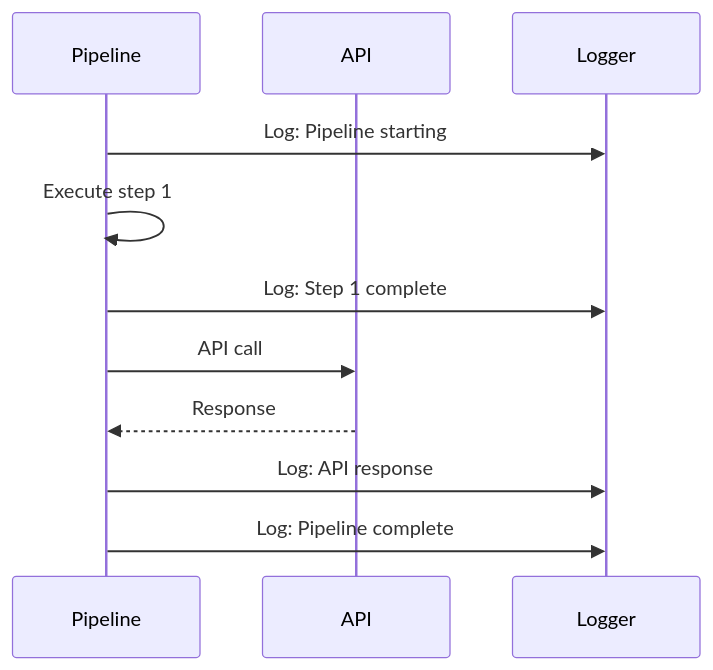
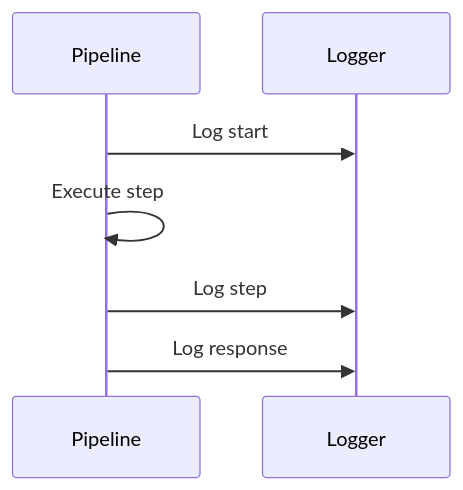
One commit to wisrovi/wpipe changed the second of 5 diagrams in examples/api_pipeline/09_api_logging/README.md. Above: the diagram before and after it, drawn with Mermaid. The commit also changed other lines of this file and 20 other files, not shown here.

First line of the commit message:
Simplify Mermaid diagrams for better rendering

````diff
--- a/examples/api_pipeline/09_api_logging/README.md
+++ b/examples/api_pipeline/09_api_logging/README.md
@@ -24,14 +23,10 @@
 ```mermaid
 sequenceDiagram
-    participant Pipeline
-    participant API
-    participant Logger
+    participant P as Pipeline
+    participant L as Logger
     
-    Pipeline->>Logger: Log: Pipeline starting
-    Pipeline->>Pipeline: Execute step 1
-    Pipeline->>Logger: Log: Step 1 complete
-    Pipeline->>API: API call
-    API-->>Pipeline: Response
-    Pipeline->>Logger: Log: API response
-    Pipeline->>Logger: Log: Pipeline complete
+    P->>L: Log start
+    P->>P: Execute step
+    P->>L: Log step
+    P->>L: Log response
 ```
````
